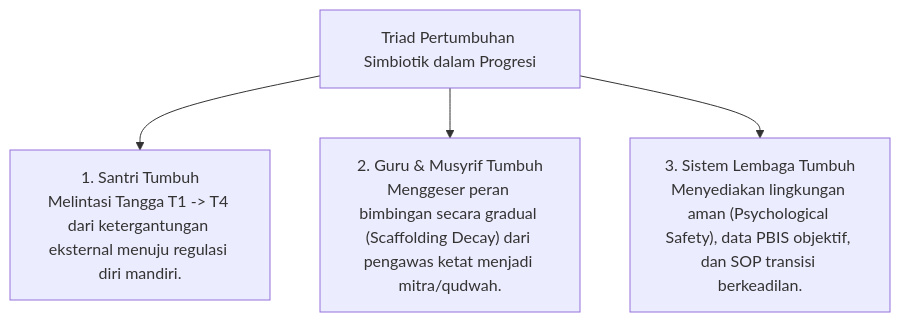
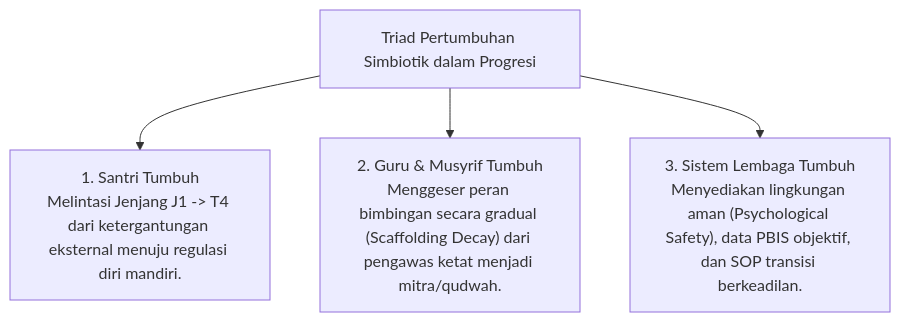
One commit to wandiapriliyandi/tumbuh changed the first of 2 diagrams in 04 Progression Framework/P4-00-Progression-Framework-Induk.md. Above: the diagram before and after it, drawn with Mermaid. The commit also changed other lines of this file and 209 other files, not shown here.

````diff
--- a/04 Progression Framework/P4-00-Progression-Framework-Induk.md
+++ b/04 Progression Framework/P4-00-Progression-Framework-Induk.md
@@ -20,7 +20,7 @@
 ```mermaid
 graph TD
     Triad["Triad Pertumbuhan Simbiotik dalam Progresi"]
-    Triad --> Santri["1. Santri Tumbuh<br/>Melintasi Tangga T1 -> T4 dari ketergantungan eksternal menuju regulasi diri mandiri."]
+    Triad --> Santri["1. Santri Tumbuh<br/>Melintasi Jenjang J1 -> T4 dari ketergantungan eksternal menuju regulasi diri mandiri."]
     Triad --> Musyrif["2. Guru & Musyrif Tumbuh<br/>Menggeser peran bimbingan secara gradual (Scaffolding Decay) dari pengawas ketat menjadi mitra/qudwah."]
     Triad --> Sistem["3. Sistem Lembaga Tumbuh<br/>Menyediakan lingkungan aman (Psychological Safety), data PBIS objektif, dan SOP transisi berkeadilan."]
 ```
````
